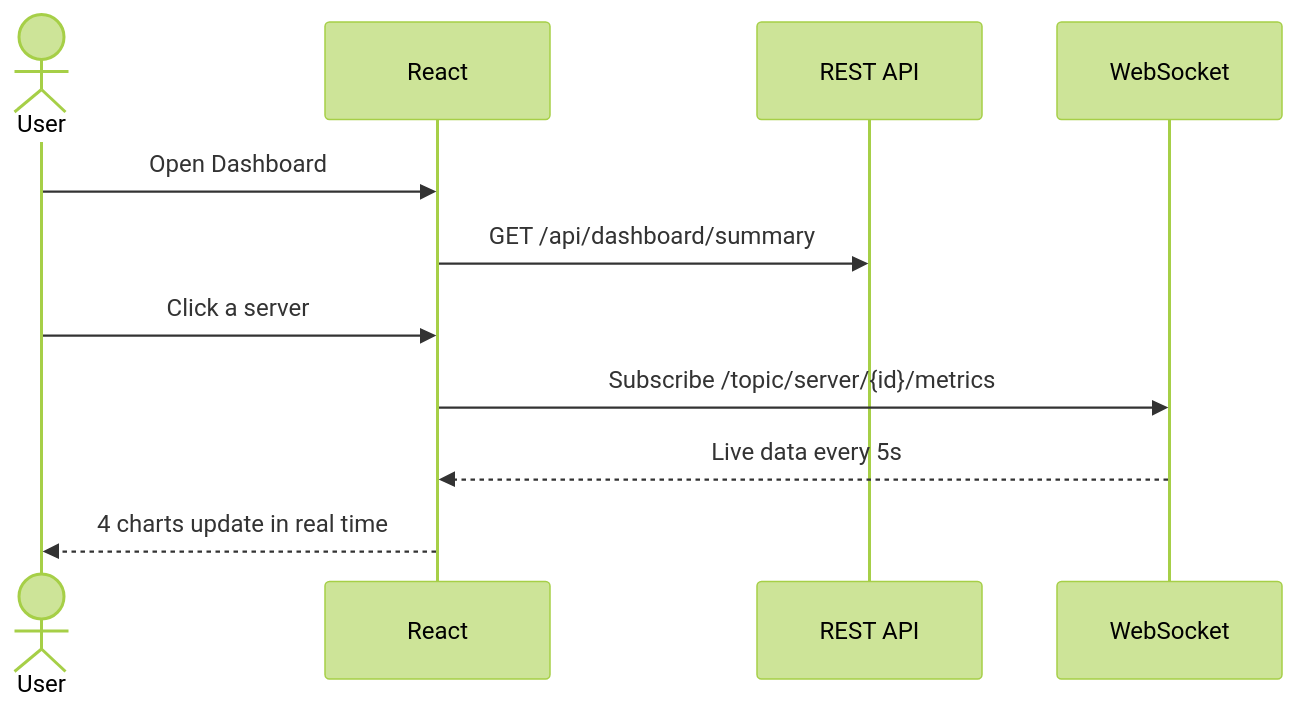
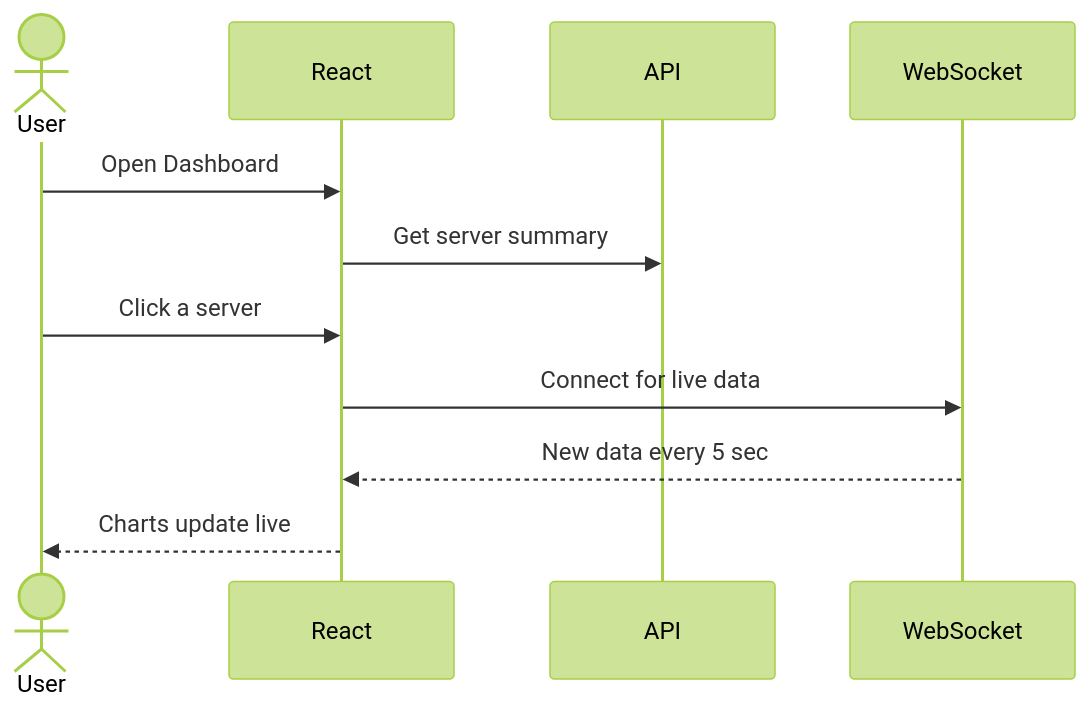
Before and after one commit to ziyadhussain23/Argus: the fourth of 6 diagrams in Assignment 6/Assignment6.md, drawn with Mermaid (forest theme). The commit also changed other lines of this file, not shown here.

````diff
--- a/Assignment 6/Assignment6.md
+++ b/Assignment 6/Assignment6.md
@@ -247,13 +219,10 @@
 ```mermaid
 sequenceDiagram
     actor User
-    participant React
-    participant API as REST API
-    participant WS as WebSocket
     User->>React: Open Dashboard
-    React->>API: GET /api/dashboard/summary
+    React->>API: Get server summary
     User->>React: Click a server
-    React->>WS: Subscribe /topic/server/{id}/metrics
-    WS-->>React: Live data every 5s
-    React-->>User: 4 charts update in real time
+    React->>WebSocket: Connect for live data
+    WebSocket-->>React: New data every 5 sec
+    React-->>User: Charts update live
 ```
````
